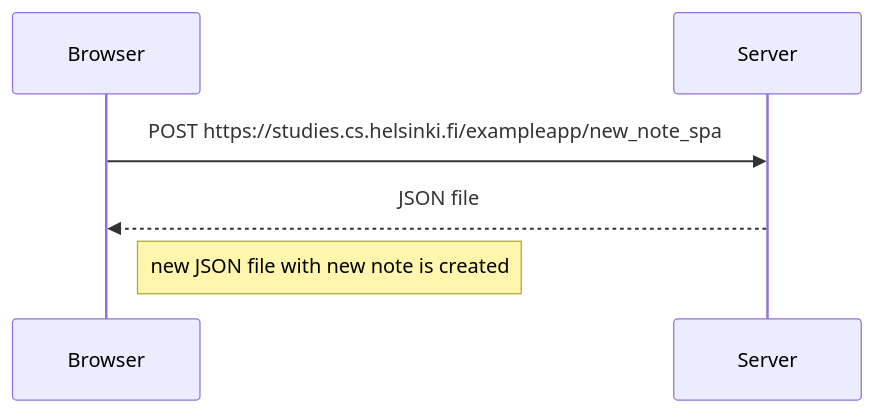
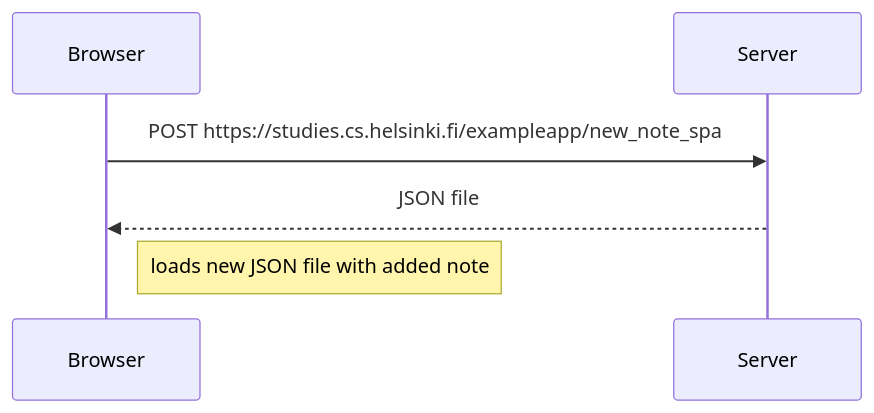
One commit to Blaez-maker/Submissions changed the diagram in Exercise06.md. Above: the diagram before and after it, drawn with Mermaid.

````diff
--- a/Exercise06.md
+++ b/Exercise06.md
@@ -1,7 +1,7 @@
 ```mermaid
 sequenceDiagram
 Browser->>Server: POST https://studies.cs.helsinki.fi/exampleapp/new_note_spa
 Server-->>Browser: JSON file
-Note right of Browser: new JSON file with new note is created
+Note right of Browser: loads new JSON file with added note
 
 ```
````
